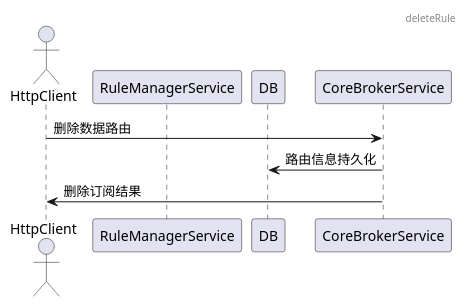
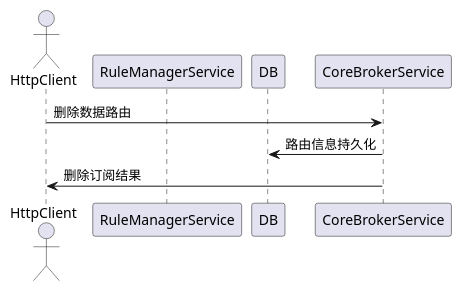
One commit to tkeel-io/docs changed the sixth of 8 diagrams in docs/api/appendix/plantuml/rule_manager.md. Above: the diagram before and after it, drawn with PlantUML. The commit also changed other lines of this file and 2 other files, not shown here.

````diff
--- a/docs/api/appendix/plantuml/rule_manager.md
+++ b/docs/api/appendix/plantuml/rule_manager.md
@@ -95,13 +85,11 @@
 ```plantuml
 @startuml
-header deleteRule
-
 actor HttpClient
 participant RuleManagerService
 participant DB
 
 HttpClient->CoreBrokerService:删除数据路由
 CoreBrokerService->DB:路由信息持久化
 CoreBrokerService->HttpClient:删除订阅结果
 @enduml
 ```
````
